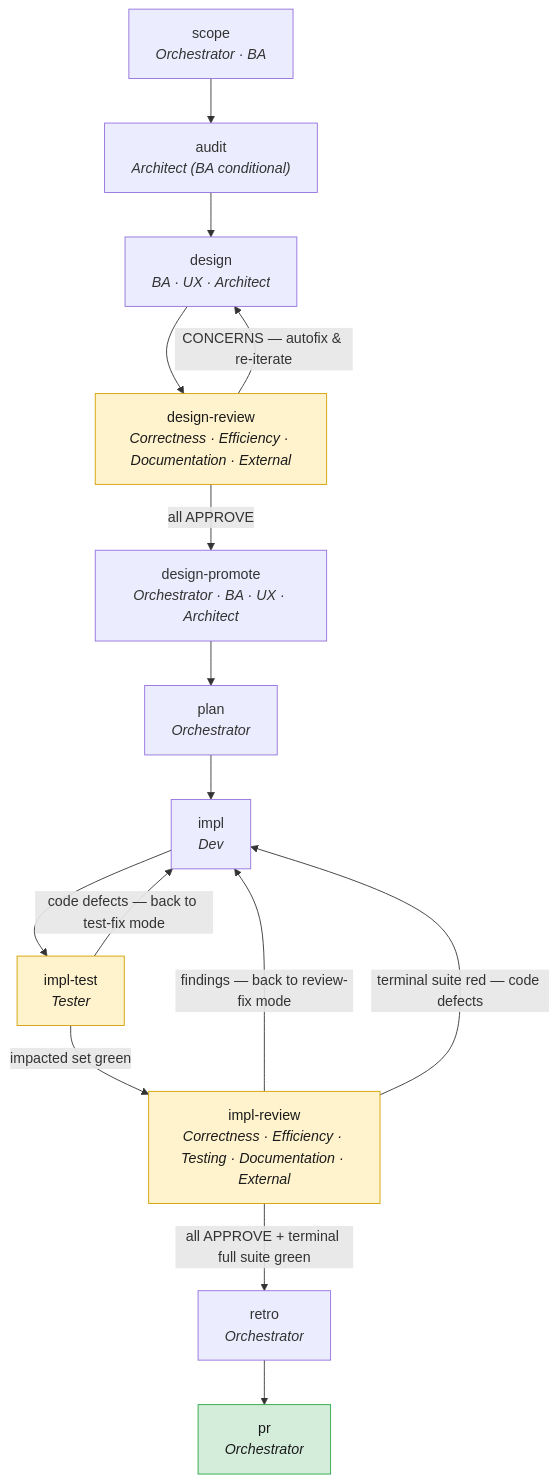
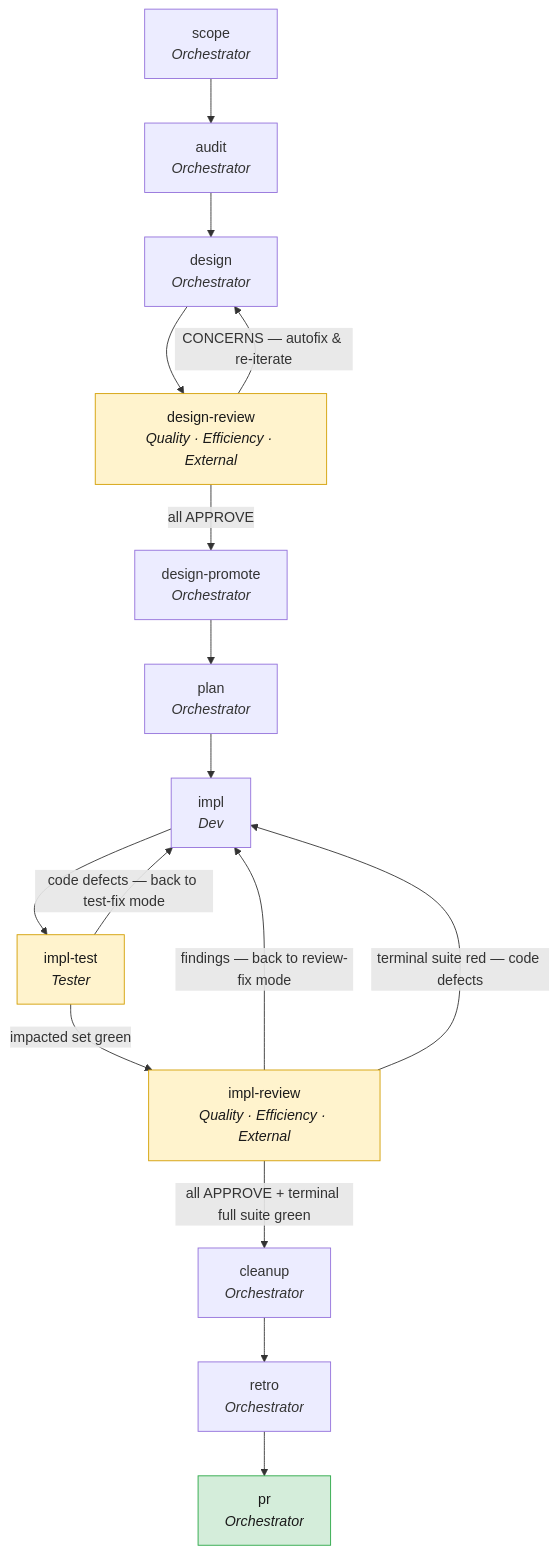
The diagram in README.md (LordKuper/agentic-software-development), drawn with Mermaid before and after one commit. The commit also changed other lines of this file and 296 other files, not shown here.

````diff
--- a/README.md
+++ b/README.md
@@ -157,22 +158,23 @@
 ```mermaid
 flowchart TD
-    scope["scope<br/><i>Orchestrator · BA</i>"] --> audit["audit<br/><i>Architect (BA conditional)</i>"]
-    audit --> design["design<br/><i>BA · UX · Architect</i>"]
-    design --> dreview["design-review<br/><i>Correctness · Efficiency · Documentation · External</i>"]
+    scope["scope<br/><i>Orchestrator</i>"] --> audit["audit<br/><i>Orchestrator</i>"]
+    audit --> design["design<br/><i>Orchestrator</i>"]
+    design --> dreview["design-review<br/><i>Quality · Efficiency · External</i>"]
     dreview -->|CONCERNS — autofix & re-iterate| design
-    dreview -->|all APPROVE| dpromote["design-promote<br/><i>Orchestrator · BA · UX · Architect</i>"]
+    dreview -->|all APPROVE| dpromote["design-promote<br/><i>Orchestrator</i>"]
     dpromote --> plan["plan<br/><i>Orchestrator</i>"]
     plan --> impl["impl<br/><i>Dev</i>"]
     impl --> itest["impl-test<br/><i>Tester</i>"]
     itest -->|code defects — back to test-fix mode| impl
-    itest -->|impacted set green| ireview["impl-review<br/><i>Correctness · Efficiency · Testing · Documentation · External</i>"]
+    itest -->|impacted set green| ireview["impl-review<br/><i>Quality · Efficiency · External</i>"]
     ireview -->|findings — back to review-fix mode| impl
     ireview -->|terminal suite red — code defects| impl
-    ireview -->|all APPROVE + terminal full suite green| retro["retro<br/><i>Orchestrator</i>"]
+    ireview -->|all APPROVE + terminal full suite green| cleanup["cleanup<br/><i>Orchestrator</i>"]
+    cleanup --> retro["retro<br/><i>Orchestrator</i>"]
     retro --> pr["pr<br/><i>Orchestrator</i>"]
 
     classDef review fill:#fff3cd,stroke:#d39e00,color:#1a1a1a;
     classDef done fill:#d4edda,stroke:#28a745,color:#1a1a1a;
     class dreview,ireview,itest review;
     class pr done;
 ```
````
